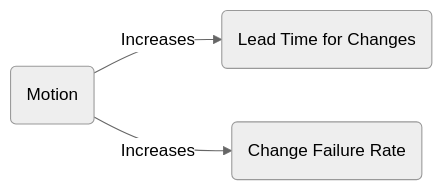
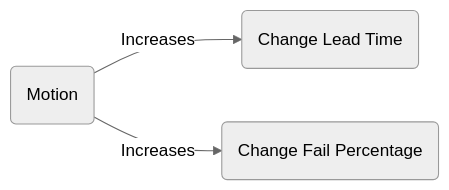
The third of 10 diagrams in docs/blog/posts/modern-software-delivery.md (matthew-shaw/matthew-shaw.github.io), drawn with Mermaid (neutral theme) before and after one commit. The commit also changed other lines of this file, not shown here.

````diff
--- a/docs/blog/posts/modern-software-delivery.md
+++ b/docs/blog/posts/modern-software-delivery.md
@@ -117,6 +117,6 @@
 ```mermaid
 flowchart LR
     motion(Motion) -- Increases -->
-    LTC(Lead Time for Changes)
-    motion -- Increases --> CFR(Change Failure Rate)
+    LTC(Change Lead Time)
+    motion -- Increases --> CFR(Change Fail Percentage)
 ```
````
